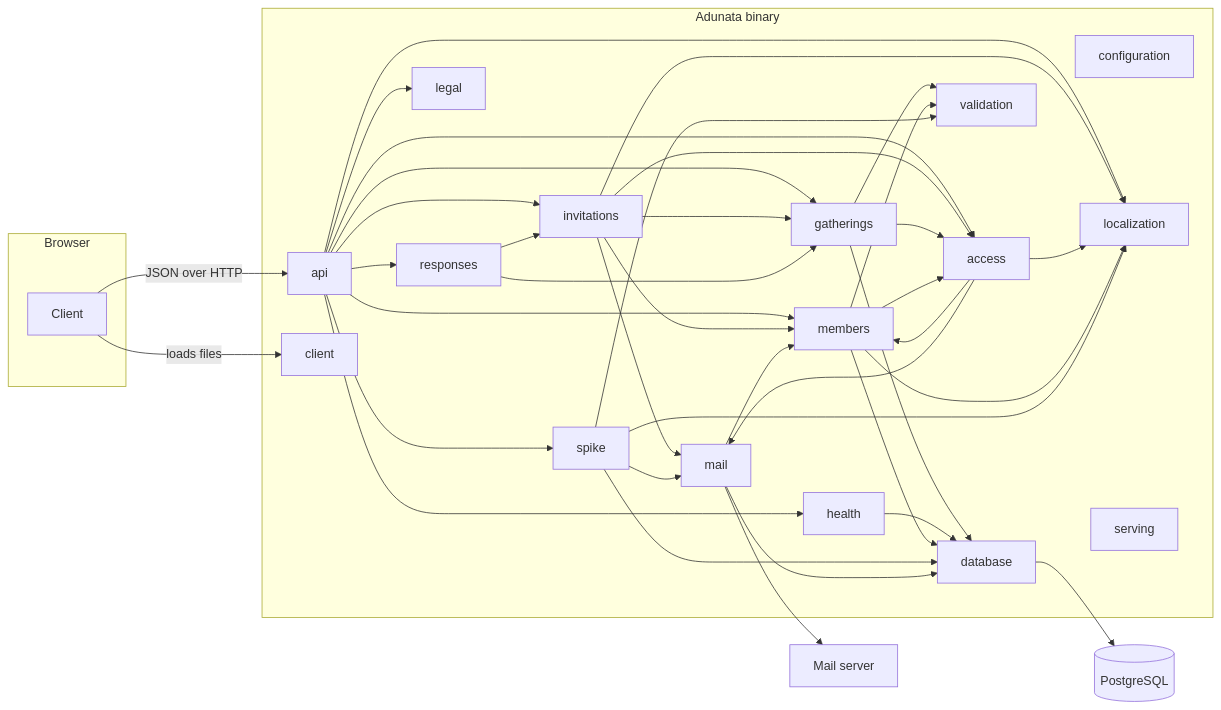
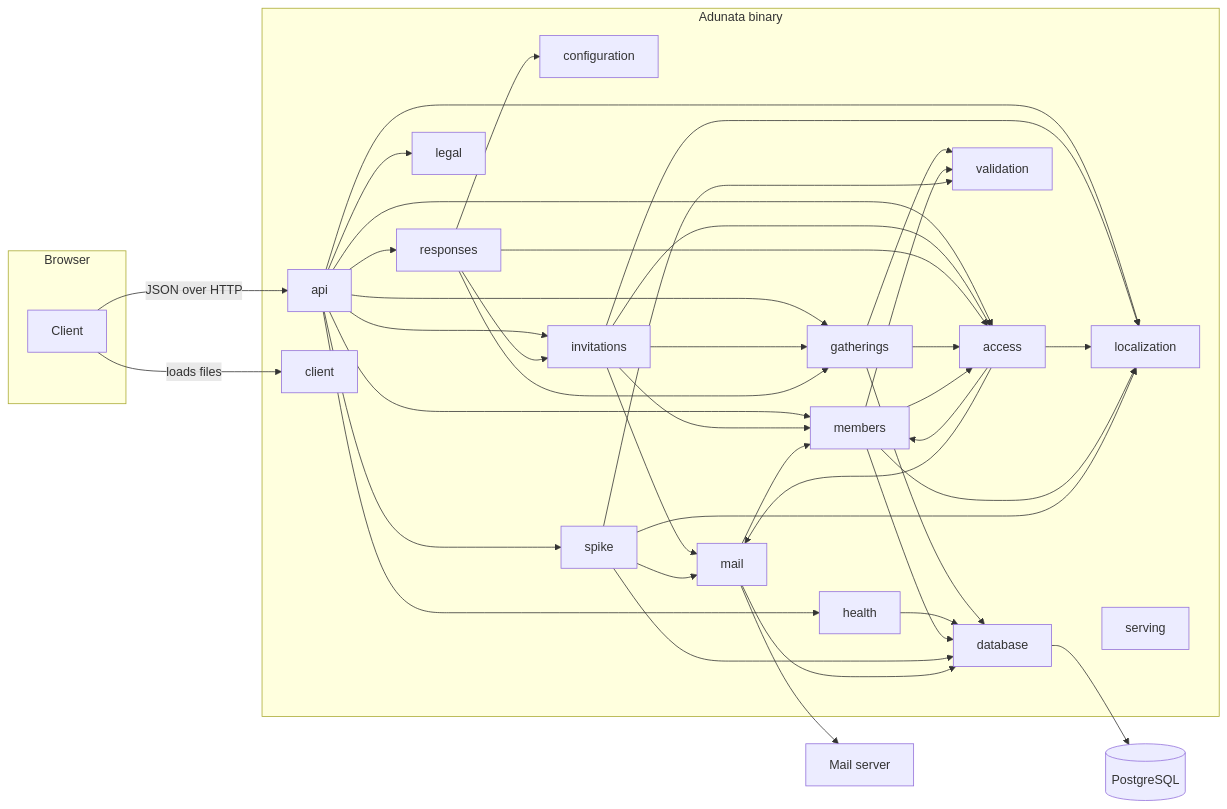
One commit to kammerchor-wernigerode/adunata changed the diagram in docs/arc42/05-building-block-view.md. Above: the diagram before and after it, drawn with Mermaid. The commit also changed other lines of this file and 5 other files, not shown here.

````diff
--- a/docs/arc42/05-building-block-view.md
+++ b/docs/arc42/05-building-block-view.md
@@ -7,61 +7,63 @@
 ```mermaid
 flowchart LR
   subgraph browser[Browser]
     client[Client]
   end
   subgraph binary[Adunata binary]
     access[access]
     api[api]
     clientModule[client]
     configuration[configuration]
     database[database]
     gatherings[gatherings]
     health[health]
     invitations[invitations]
     responses[responses]
     legal[legal]
     localization[localization]
     mail[mail]
     members[members]
     spike[spike]
     serving[serving]
     validation[validation]
   end
   client -- JSON over HTTP --> api
   client -- loads files --> clientModule
   api --> spike
   api --> localization
   api --> health
   api --> legal
   api --> members
   api --> access
   api --> gatherings
   api --> invitations
   api --> responses
   invitations --> members
   invitations --> gatherings
   invitations --> mail
   invitations --> localization
   invitations --> access
   responses --> invitations
   responses --> gatherings
+  responses --> access
+  responses --> configuration
   gatherings --> access
   gatherings --> database
   gatherings --> validation
   access --> members
   access --> mail
   access --> localization
   members --> access
   health --> database
   members --> database
   members --> localization
   members --> validation
   spike --> validation
   mail --> members
   spike --> database
   spike --> mail
   spike --> localization
   mail --> database
   database --> postgres[(PostgreSQL)]
   mail --> smtp[Mail server]
 ```
````
